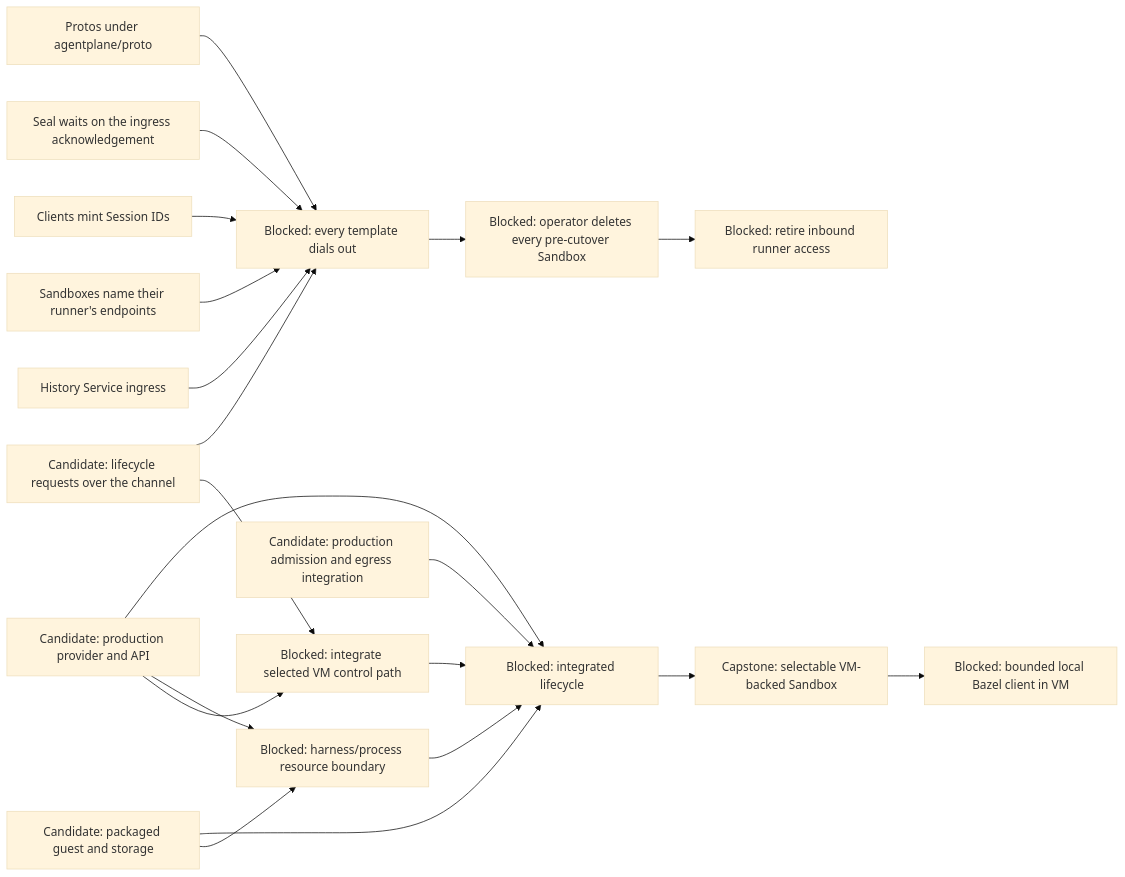
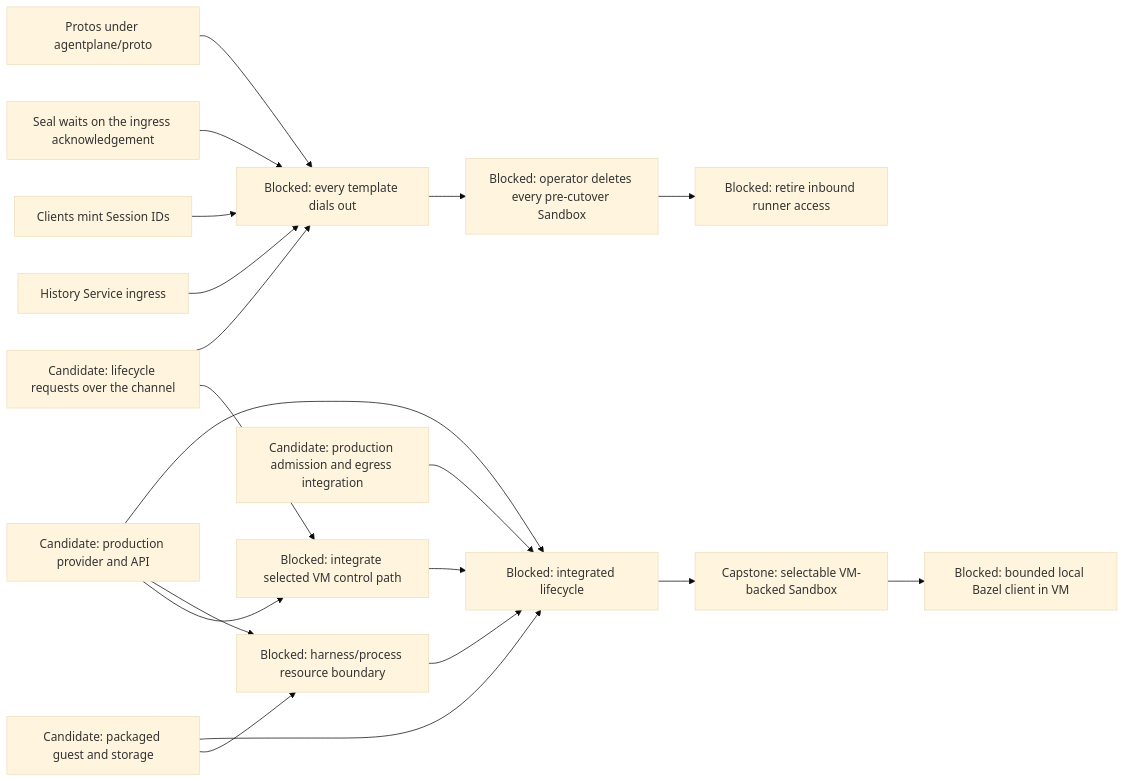
One commit to agentydragon-agent/ducktape changed the sixth of 12 diagrams in agentplane/plans/task_dag.md. Above: the diagram before and after it, drawn with Mermaid (base theme). The commit also changed other lines of this file and 17 other files, not shown here.

````diff
--- a/agentplane/plans/task_dag.md
+++ b/agentplane/plans/task_dag.md
@@ -325,30 +325,29 @@
 ```mermaid
 flowchart LR
     RUNNER_OUTBOUND_LIFECYCLE[Candidate: lifecycle requests over the channel]
     RUNNER_OUTBOUND_ROLLOUT[Blocked: every template dials out]
     VM_CONTROL_NETWORKING[Blocked: integrate selected VM control path]
     VM_IMAGE[Candidate: packaged guest and storage]
     VM_PROVIDER[Candidate: production provider and API]
     VM_EGRESS[Candidate: production admission and egress integration]
     VM_PROCESS_ISOLATION[Blocked: harness/process resource boundary]
     VM_LIFECYCLE[Blocked: integrated lifecycle]
     RUNNER_OUTBOUND_LIFECYCLE --> VM_CONTROL_NETWORKING
     HISTORY_INGRESS[History Service ingress] --> RUNNER_OUTBOUND_ROLLOUT
-    SANDBOX_RUNNER_ENDPOINTS[Sandboxes name their runner's endpoints] --> RUNNER_OUTBOUND_ROLLOUT
     CLIENT_SESSION_IDS[Clients mint Session IDs] --> RUNNER_OUTBOUND_ROLLOUT
     SEAL_ON_INGRESS_ACK[Seal waits on the ingress acknowledgement] --> RUNNER_OUTBOUND_ROLLOUT
     RUNNER_OUTBOUND_LIFECYCLE --> RUNNER_OUTBOUND_ROLLOUT
     PROTO_DIRECTORY[Protos under agentplane/proto] --> RUNNER_OUTBOUND_ROLLOUT
     RUNNER_OUTBOUND_ROLLOUT --> LEGACY_SANDBOX_RETIRE[Blocked: operator deletes every pre-cutover Sandbox]
     LEGACY_SANDBOX_RETIRE --> RUNNER_INBOUND_RETIRE[Blocked: retire inbound runner access]
     VM_PROVIDER --> VM_CONTROL_NETWORKING
     VM_CONTROL_NETWORKING --> VM_LIFECYCLE
     VM_IMAGE --> VM_PROCESS_ISOLATION
     VM_PROVIDER --> VM_PROCESS_ISOLATION
     VM_IMAGE --> VM_LIFECYCLE
     VM_PROVIDER --> VM_LIFECYCLE
     VM_EGRESS --> VM_LIFECYCLE
     VM_PROCESS_ISOLATION --> VM_LIFECYCLE
     VM_LIFECYCLE --> SANDBOX_VM_ISOLATION[Capstone: selectable VM-backed Sandbox]
     SANDBOX_VM_ISOLATION --> LOCAL_BAZEL[Blocked: bounded local Bazel client in VM]
 ```
````
